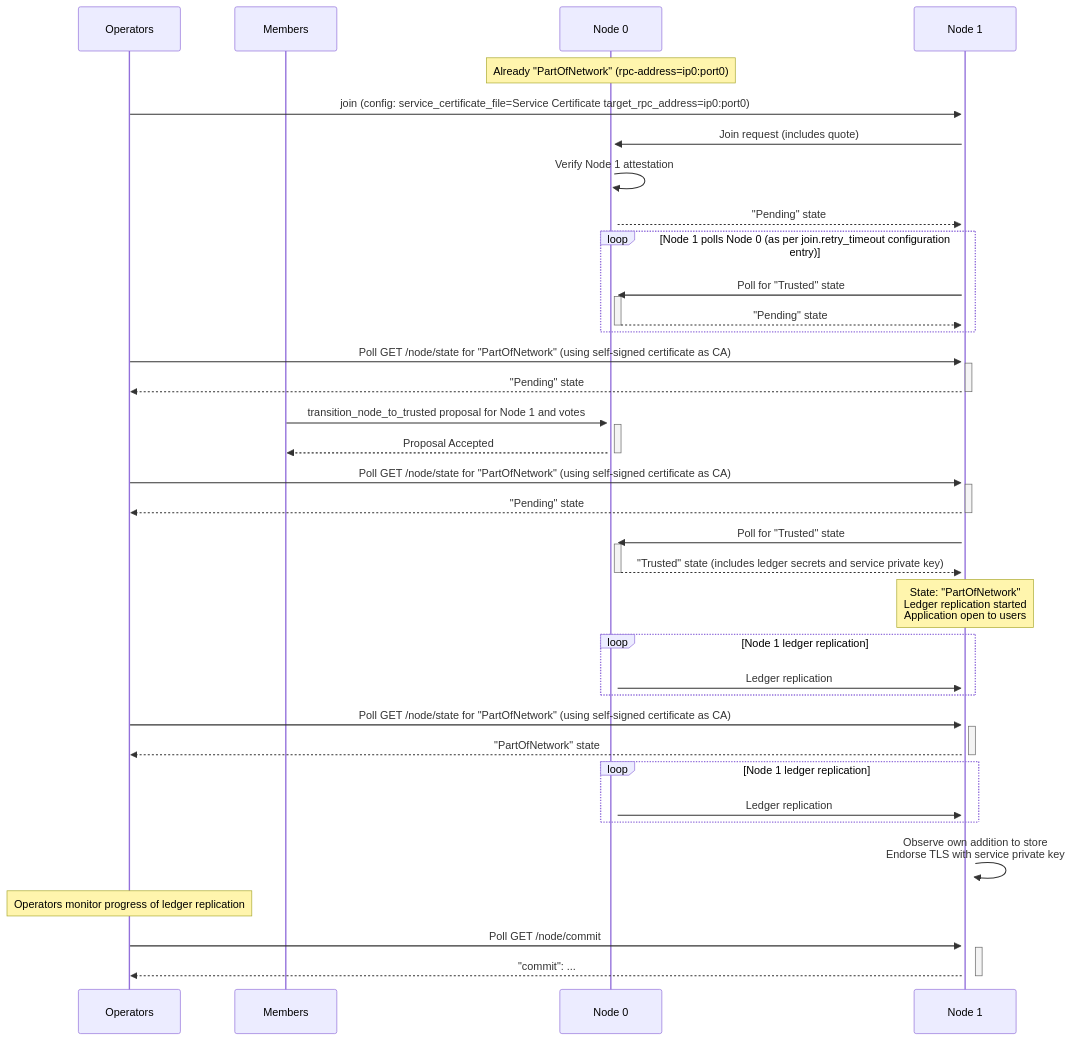
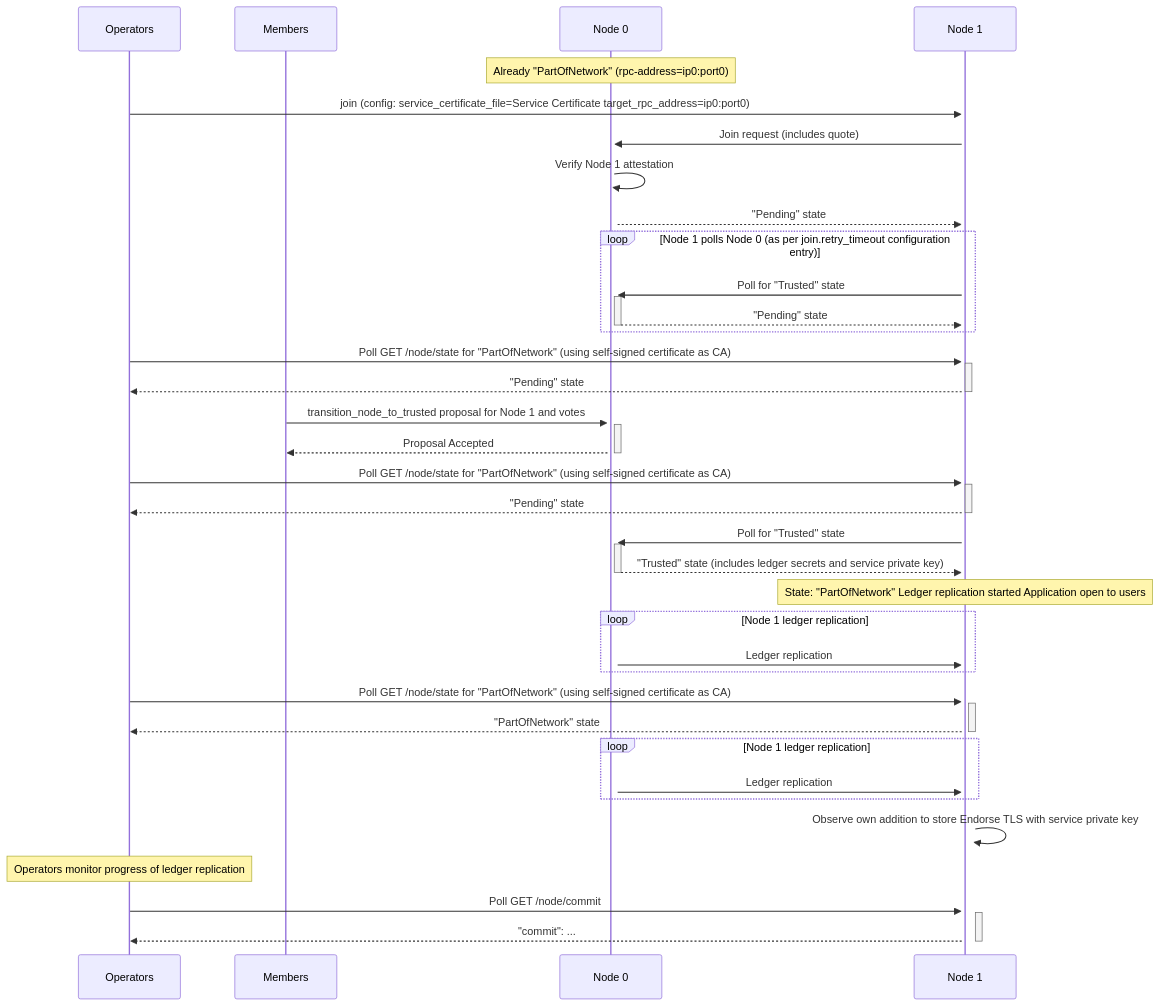
One commit to microsoft/CCF changed the third of 3 diagrams in doc/operations/start_network.rst. Above: the diagram before and after it, drawn with Mermaid. The commit also changed 10 other files, not shown here.

First line of the commit message:
Refine documentation icons and diagram presentation

```diff
--- a/doc/operations/start_network.rst
+++ b/doc/operations/start_network.rst
@@ -73,51 +73,51 @@
 .. mermaid::
 
     sequenceDiagram
         participant Operators
         participant Members
         participant Node 0
         participant Node 1
 
         Note over Node 0: Already "PartOfNetwork" (rpc-address=ip0:port0)
 
         Operators->>+Node 1: join (config: service_certificate_file=Service Certificate target_rpc_address=ip0:port0)
 
         Node 1->>+Node 0: Join request (includes quote)
         Node 0->>+Node 0: Verify Node 1 attestation
         Node 0-->>Node 1: "Pending" state
 
         loop Node 1 polls Node 0 (as per join.retry_timeout configuration entry)
             Node 1->>+Node 0: Poll for "Trusted" state
             Node 0-->>-Node 1: "Pending" state
         end
 
         Operators->>+Node 1: Poll GET /node/state for "PartOfNetwork" (using self-signed certificate as CA)
         Node 1-->>-Operators: "Pending" state
 
         Members->>+Node 0: transition_node_to_trusted proposal for Node 1 and votes
         Node 0-->>-Members: Proposal Accepted
 
         Operators->>+Node 1: Poll GET /node/state for "PartOfNetwork" (using self-signed certificate as CA)
         Node 1-->>-Operators: "Pending" state
 
         Node 1->>+Node 0: Poll for "Trusted" state
         Node 0-->>-Node 1: "Trusted" state (includes ledger secrets and service private key)
 
-        Note over Node 1: State: "PartOfNetwork" <br/> Ledger replication started <br/> Application open to users
+        Note over Node 1: State: "PartOfNetwork" Ledger replication started Application open to users
 
         loop Node 1 ledger replication
             Node 0->>+Node 1: Ledger replication
         end
 
         Operators->>+Node 1: Poll GET /node/state for "PartOfNetwork" (using self-signed certificate as CA)
         Node 1-->>-Operators: "PartOfNetwork" state
 
         loop Node 1 ledger replication
             Node 0->>+Node 1: Ledger replication
         end
 
-        Node 1->>+Node 1: Observe own addition to store <br> Endorse TLS with service private key
+        Node 1->>+Node 1: Observe own addition to store Endorse TLS with service private key
 
         Note over Operators: Operators monitor progress of ledger replication
         Operators->>+Node 1: Poll GET /node/commit
         Node 1-->>-Operators: "commit": ...
```
